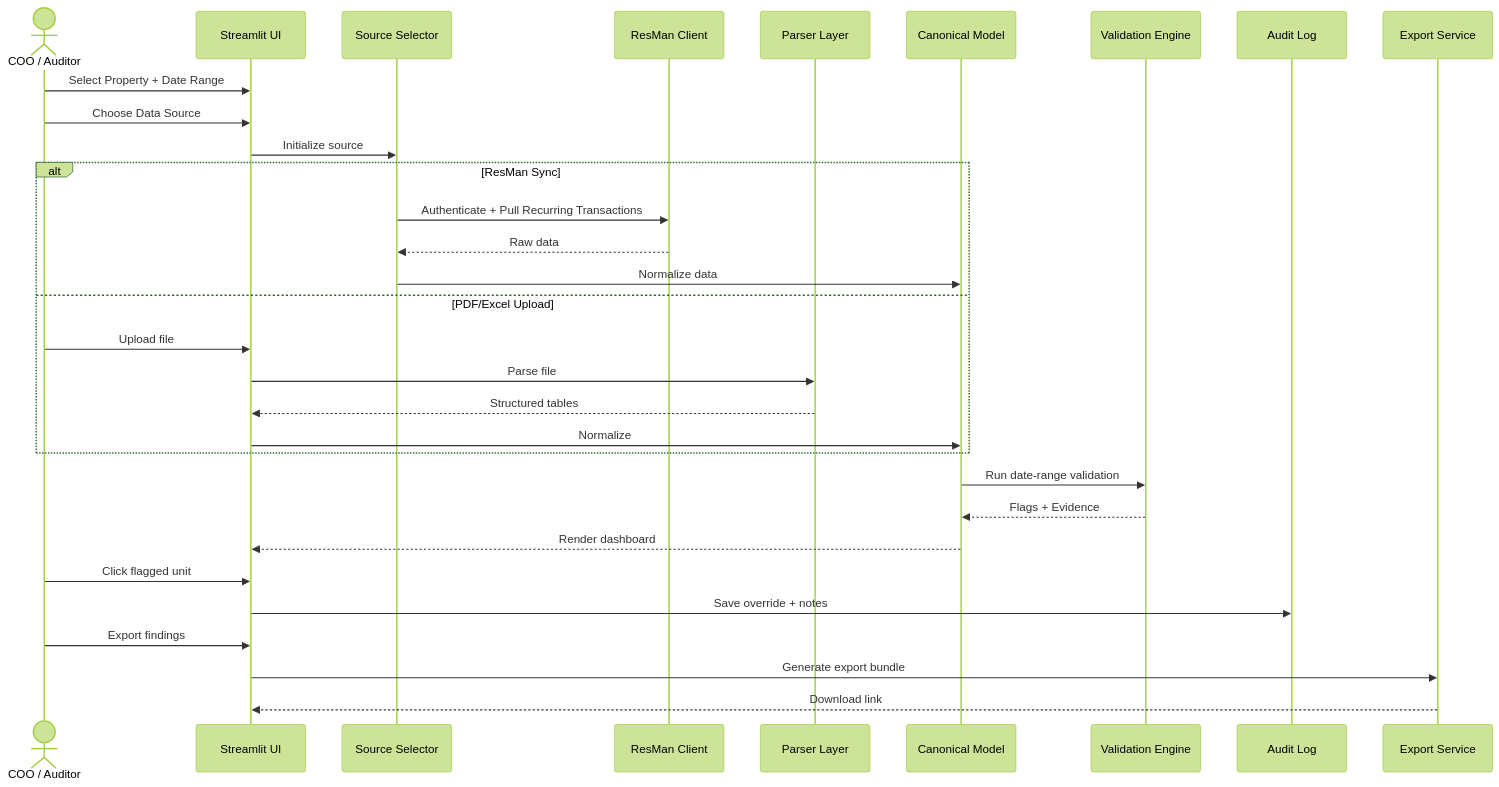
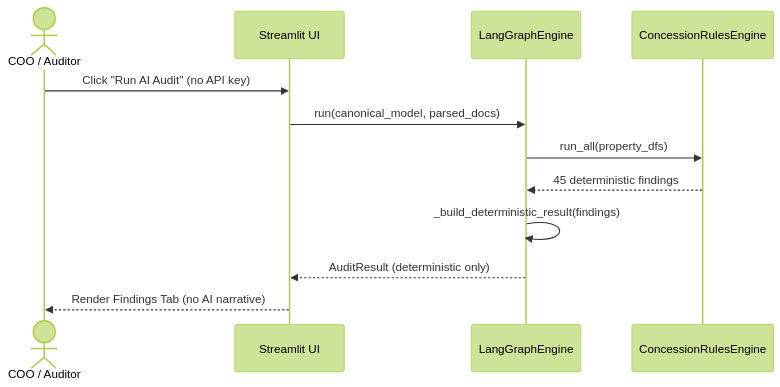
One commit to napandya/streamlit-audit-agent-loriaa changed the second of 2 diagrams in streamlit_app.md. Above: the diagram before and after it, drawn with Mermaid (forest theme). The commit also changed other lines of this file and 1 other file, not shown here.

````diff
--- a/streamlit_app.md
+++ b/streamlit_app.md
@@ -114,40 +183,15 @@
 ```mermaid
 sequenceDiagram
     actor COO as COO / Auditor
     participant UI as Streamlit UI
-    participant SRC as Source Selector
-    participant RES as ResMan Client
-    participant PARSE as Parser Layer
-    participant CANON as Canonical Model
-    participant RULES as Validation Engine
-    participant LOG as Audit Log
-    participant EXP as Export Service
+    participant LGE as LangGraphEngine
+    participant DET as ConcessionRulesEngine
 
-    COO->>UI: Select Property + Date Range
-    COO->>UI: Choose Data Source
-
-    UI->>SRC: Initialize source
-
-    alt ResMan Sync
-        SRC->>RES: Authenticate + Pull Recurring Transactions
-        RES-->>SRC: Raw data
-        SRC->>CANON: Normalize data
-    else PDF/Excel Upload
-        COO->>UI: Upload file
-        UI->>PARSE: Parse file
-        PARSE-->>UI: Structured tables
-        UI->>CANON: Normalize
-    end
-
-    CANON->>RULES: Run date-range validation
-    RULES-->>CANON: Flags + Evidence
-
-    CANON-->>UI: Render dashboard
-
-    COO->>UI: Click flagged unit
-    UI->>LOG: Save override + notes
-
-    COO->>UI: Export findings
-    UI->>EXP: Generate export bundle
-    EXP-->>UI: Download link
+    COO->>UI: Click "Run AI Audit" (no API key)
+    UI->>LGE: run(canonical_model, parsed_docs)
+    LGE->>DET: run_all(property_dfs)
+    DET-->>LGE: 45 deterministic findings
+    LGE->>LGE: _build_deterministic_result(findings)
+    LGE-->>UI: AuditResult (deterministic only)
+    UI-->>COO: Render Findings Tab (no AI narrative)
 ```
````
